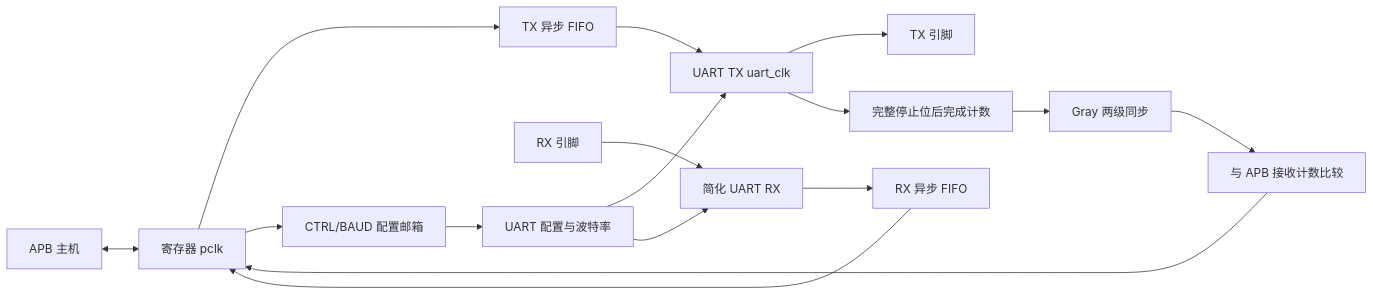
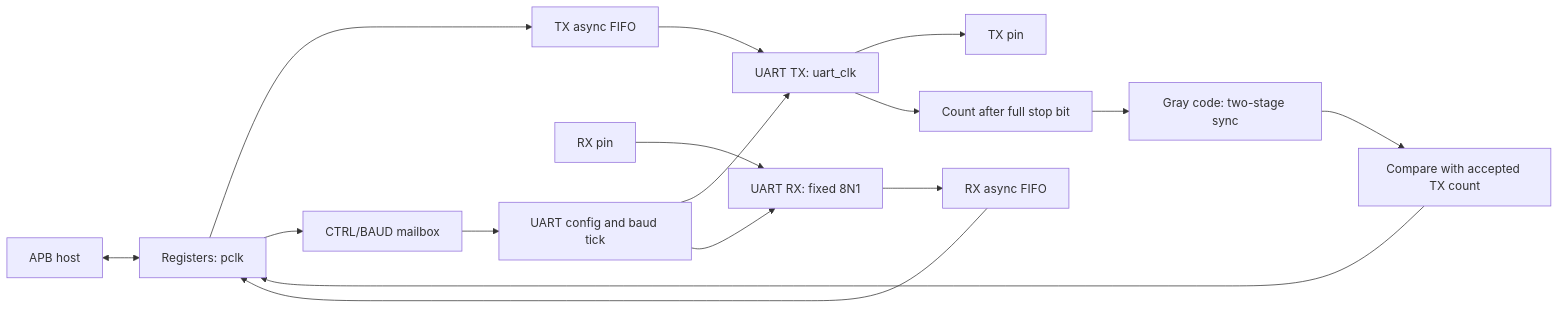
The first of 3 diagrams in docs/architecture_figures.md (zlsjtj/apb-uart-fifo-uvm), drawn with Mermaid before and after one commit. The commit also changed other lines of this file and 8 other files, not shown here.

````diff
--- a/docs/architecture_figures.md
+++ b/docs/architecture_figures.md
@@ -7,18 +11,18 @@
 ```mermaid
 flowchart LR
-  APB[APB 主机] <--> REG[寄存器 pclk]
-  REG --> TXF[TX 异步 FIFO]
-  TXF --> TX[UART TX uart_clk]
-  TX --> TXPIN[TX 引脚]
-  RXPIN[RX 引脚] --> RX[简化 UART RX]
-  RX --> RXF[RX 异步 FIFO]
+  APB[APB host] <--> REG[Registers: pclk]
+  REG --> TXF[TX async FIFO]
+  TXF --> TX[UART TX: uart_clk]
+  TX --> TXPIN[TX pin]
+  RXPIN[RX pin] --> RX[UART RX: fixed 8N1]
+  RX --> RXF[RX async FIFO]
   RXF --> REG
-  REG --> MAIL[CTRL/BAUD 配置邮箱]
-  MAIL --> CORE[UART 配置与波特率]
+  REG --> MAIL[CTRL/BAUD mailbox]
+  MAIL --> CORE[UART config and baud tick]
   CORE --> TX
   CORE --> RX
-  TX --> DONE[完整停止位后完成计数]
-  DONE --> GRAY[Gray 两级同步]
-  GRAY --> BUSY[与 APB 接收计数比较]
+  TX --> DONE[Count after full stop bit]
+  DONE --> GRAY[Gray code: two-stage sync]
+  GRAY --> BUSY[Compare with accepted TX count]
   BUSY --> REG
 ```
````
